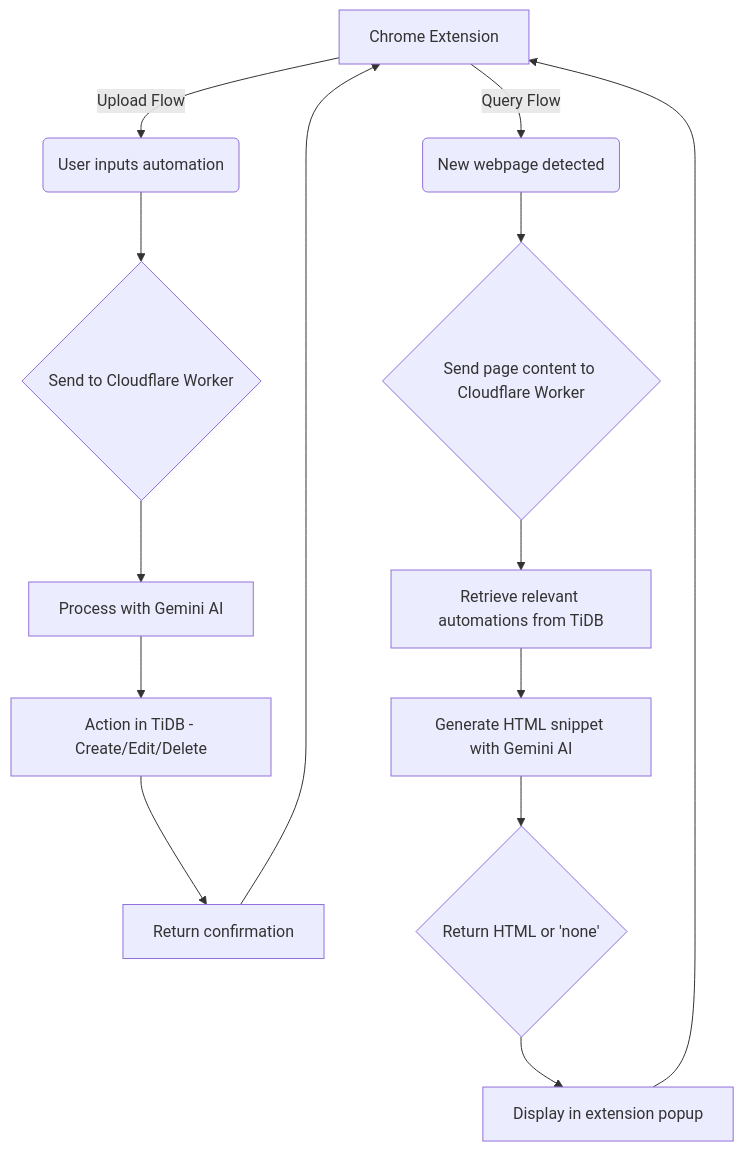
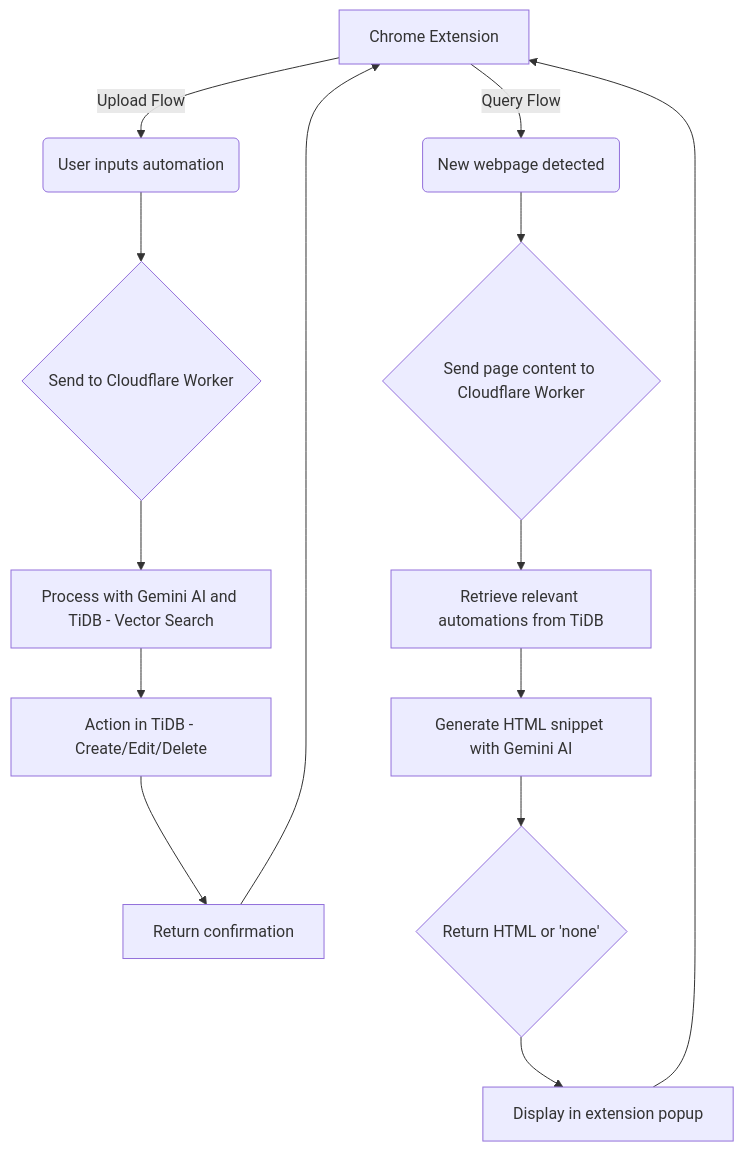
One commit to Sharan-Babu/BrassOne changed the diagram in README.md. Above: the diagram before and after it, drawn with Mermaid.

````diff
--- a/README.md
+++ b/README.md
@@ -12,17 +12,17 @@
 ```mermaid
 graph TD
     A[Chrome Extension] -->|Upload Flow| B(User inputs automation)
     B --> C{Send to Cloudflare Worker}
-    C --> D[Process with Gemini AI]
+    C --> D[Process with Gemini AI and TiDB - Vector Search]
     D --> E[Action in TiDB - Create/Edit/Delete]
     E --> F[Return confirmation]
     F --> A
 
     A -->|Query Flow| G(New webpage detected)
     G --> H{Send page content to Cloudflare Worker}
     H --> I[Retrieve relevant automations from TiDB]
     I --> J[Generate HTML snippet with Gemini AI]
     J --> K{Return HTML or 'none'}
     K --> L[Display in extension popup]
     L --> A
 ```
````
